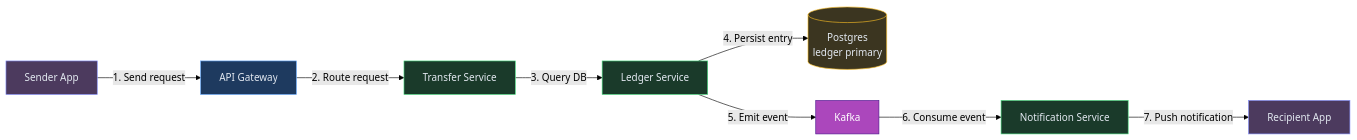
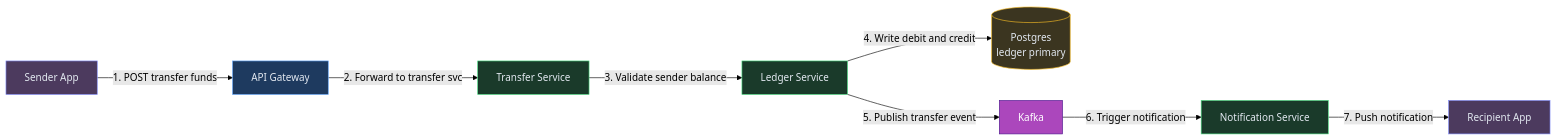
Before and after one commit to iluzn/HLD-Designs: the fourth of 10 diagrams in content/hld/DigitalWallet.md, drawn with Mermaid (forest theme). The commit also changed other lines of this file and 27 other files, not shown here.

````diff
--- a/content/hld/DigitalWallet.md
+++ b/content/hld/DigitalWallet.md
@@ -327,25 +327,25 @@
 ```mermaid
 flowchart LR
     APP["Sender App"]:::client
     GW["API Gateway"]:::edge
     TS["Transfer Service"]:::service
     L["Ledger Service"]:::service
     DB[("Postgres<br/>ledger primary")]:::data
     K["Kafka"]:::async
     NOTIF["Notification Service"]:::service
     RCV["Recipient App"]:::client
 
-    APP -->|"1. Send request"| GW
-    GW -->|"2. Route request"| TS
-    TS -->|"3. Query DB"| L
-    L -->|"4. Persist entry"| DB
-    L -->|"5. Emit event"| K
-    K -->|"6. Consume event"| NOTIF
+    APP -->|"1. POST transfer funds"| GW
+    GW -->|"2. Forward to transfer svc"| TS
+    TS -->|"3. Validate sender balance"| L
+    L -->|"4. Write debit and credit"| DB
+    L -->|"5. Publish transfer event"| K
+    K -->|"6. Trigger notification"| NOTIF
     NOTIF -->|"7. Push notification"| RCV
 
     classDef client fill:#4c3a5e,stroke:#818cf8,color:#e2e8f0
     classDef edge fill:#1e3a5f,stroke:#60a5fa,color:#e2e8f0
     classDef service fill:#1a3a2a,stroke:#4ade80,color:#e2e8f0
     classDef async fill:#AB47BC,stroke:#4A148C,color:#fff
     classDef data fill:#3b3520,stroke:#fbbf24,color:#e2e8f0
 ```
````
